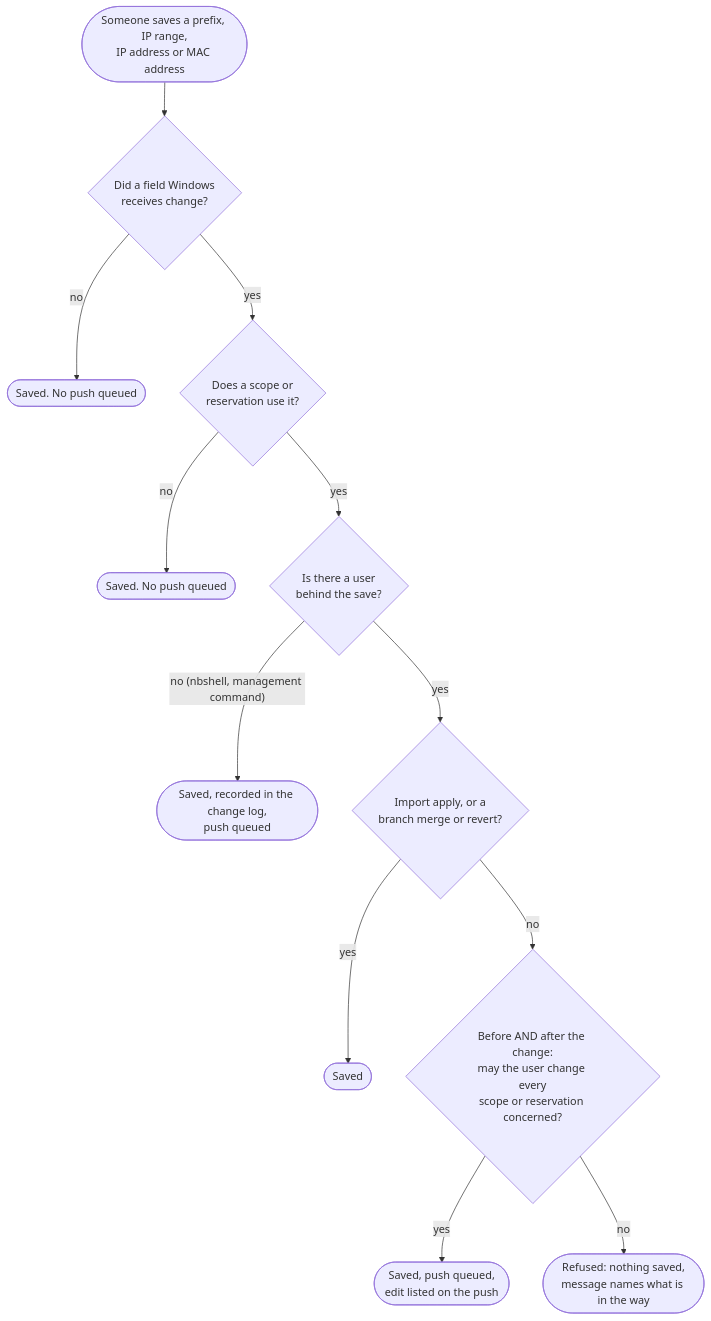
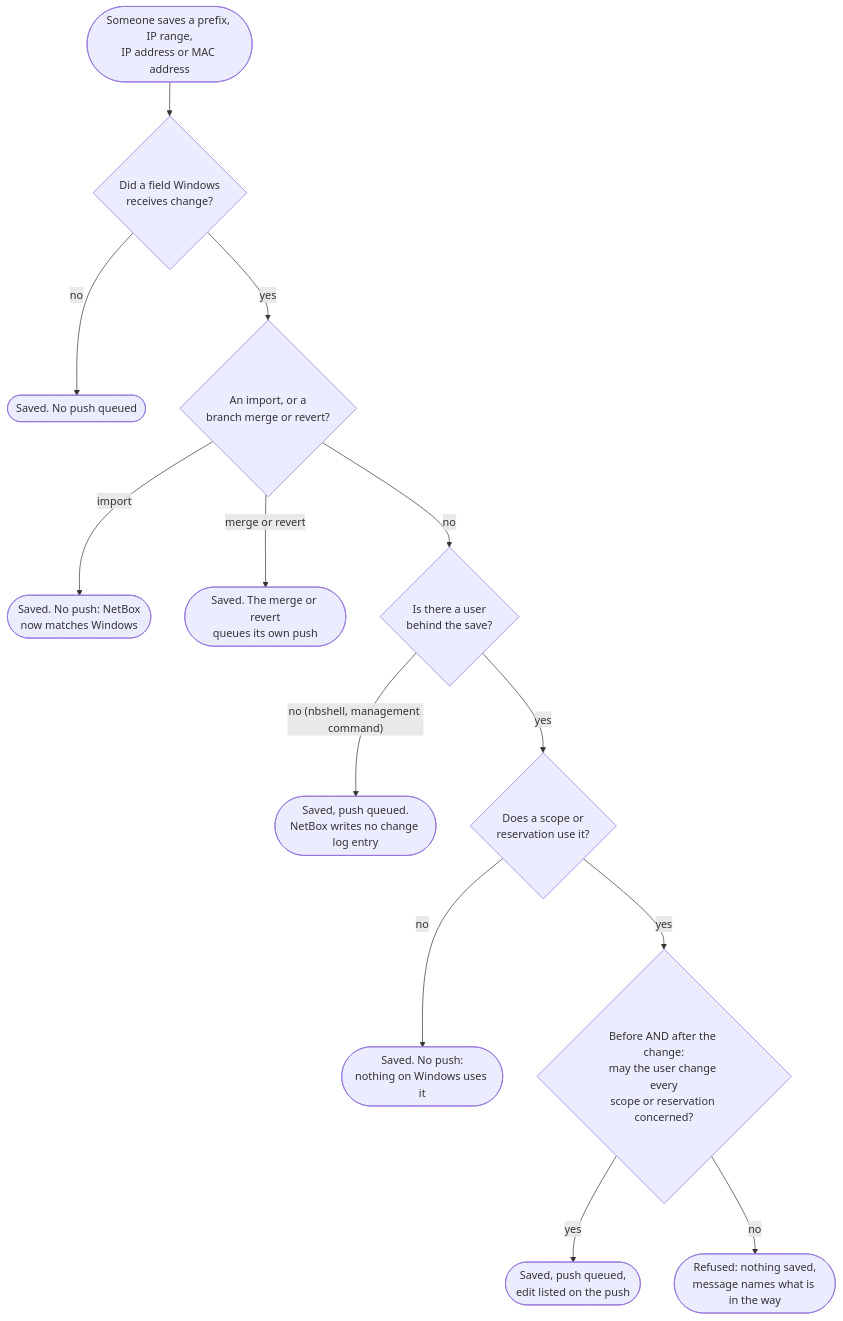
Before and after one commit to thomaschristory/netbox-windows-dhcp-plugin: the diagram in docs/ipam-edits.md, drawn with Mermaid. The commit also changed other lines of this file and 13 other files, not shown here.

````diff
--- a/docs/ipam-edits.md
+++ b/docs/ipam-edits.md
@@ -61,14 +61,15 @@
 ```mermaid
 flowchart TD
     save([Someone saves a prefix, IP range,<br/>IP address or MAC address]) --> fields{Did a field Windows<br/>receives change?}
     fields -- no --> ok1([Saved. No push queued])
-    fields -- yes --> used{Does a scope or<br/>reservation use it?}
-    used -- no --> ok2([Saved. No push queued])
-    used -- yes --> who{Is there a user<br/>behind the save?}
-    who -- "no (nbshell, management command)" --> ok3([Saved, recorded in the change log,<br/>push queued])
-    who -- yes --> skip{Import apply, or a<br/>branch merge or revert?}
-    skip -- yes --> ok4([Saved])
-    skip -- no --> perm{Before AND after the change:<br/>may the user change every<br/>scope or reservation concerned?}
-    perm -- yes --> ok5([Saved, push queued,<br/>edit listed on the push])
+    fields -- yes --> skip{An import, or a<br/>branch merge or revert?}
+    skip -- import --> ok2([Saved. No push: NetBox<br/>now matches Windows])
+    skip -- "merge or revert" --> ok3([Saved. The merge or revert<br/>queues its own push])
+    skip -- no --> who{Is there a user<br/>behind the save?}
+    who -- "no (nbshell, management command)" --> ok4([Saved, push queued.<br/>NetBox writes no change log entry])
+    who -- yes --> used{Does a scope or<br/>reservation use it?}
+    used -- no --> ok5([Saved. No push:<br/>nothing on Windows uses it])
+    used -- yes --> perm{Before AND after the change:<br/>may the user change every<br/>scope or reservation concerned?}
+    perm -- yes --> ok6([Saved, push queued,<br/>edit listed on the push])
     perm -- no --> refused([Refused: nothing saved,<br/>message names what is in the way])
 ```
````
